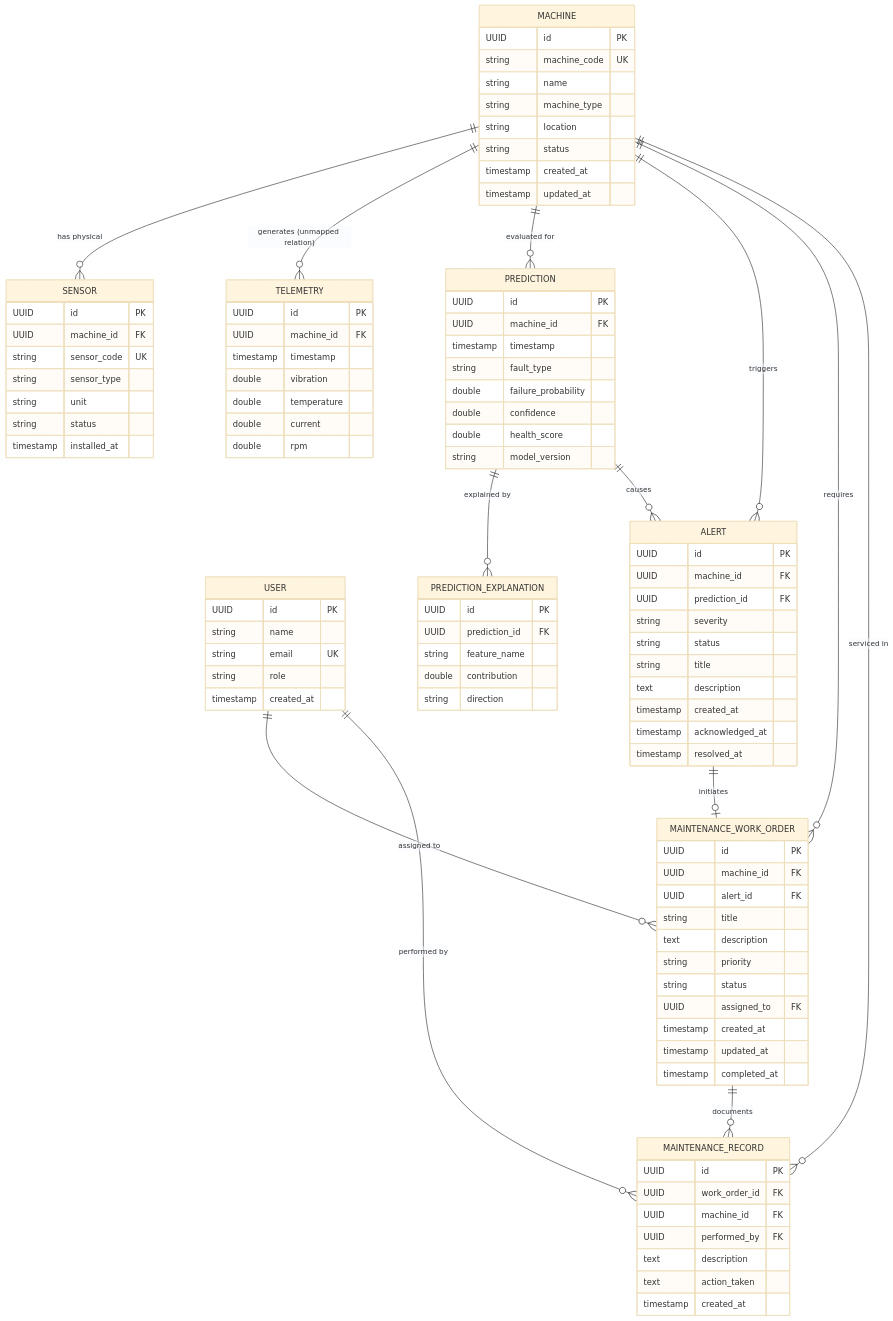
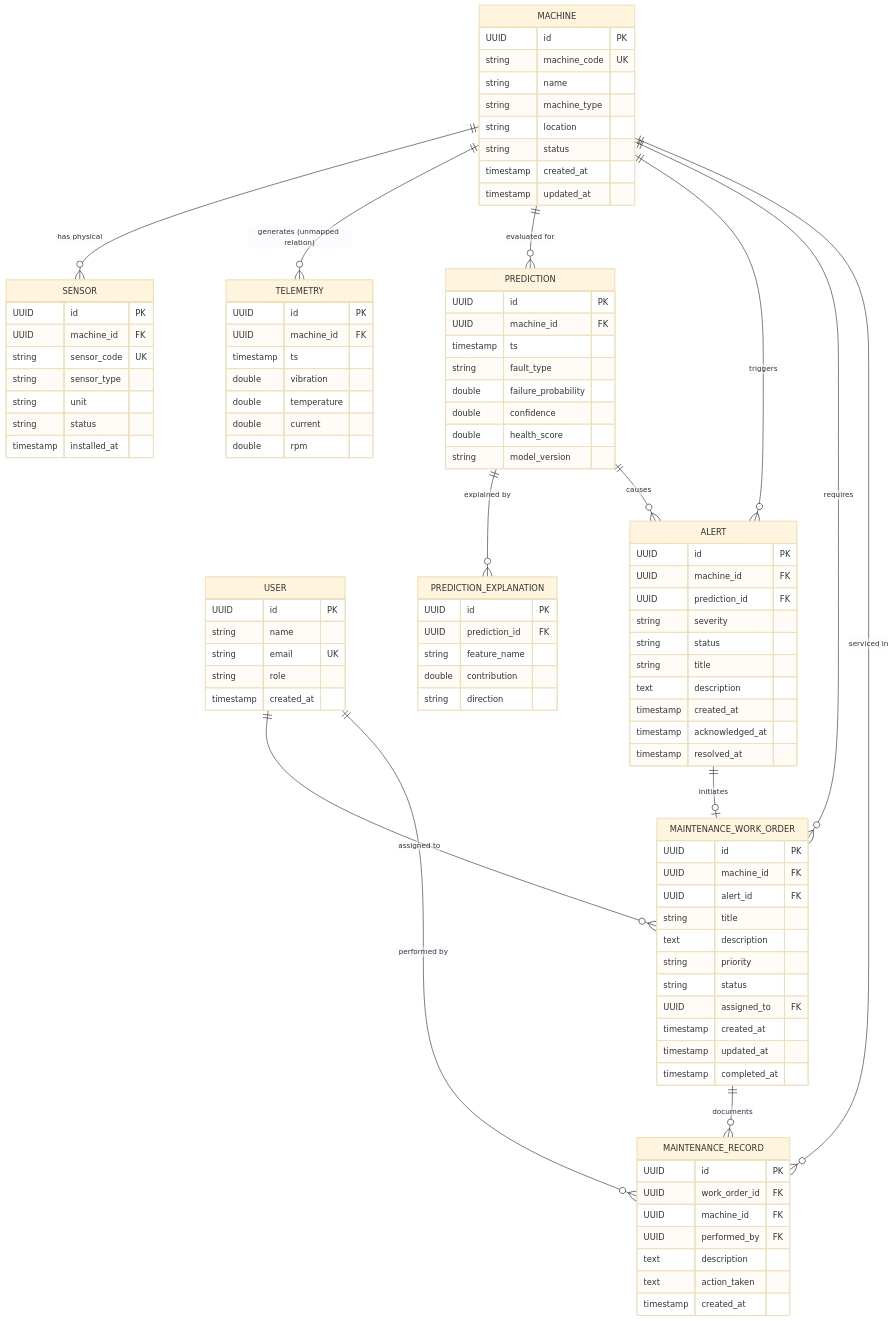
The diagram in docs/architecture.md (nikilm2504/ai-predictive-maintenance), drawn with Mermaid (base theme) before and after one commit. The commit also changed other lines of this file and 5 other files, not shown here.

Commit message:
feat: add database schema and machine sensor APIs

```diff
--- a/docs/architecture.md
+++ b/docs/architecture.md
@@ -175,7 +175,7 @@
     TELEMETRY {
         UUID id PK
         UUID machine_id FK
-        timestamp timestamp
+        timestamp ts
         double vibration
         double temperature
         double current
@@ -185,7 +185,7 @@
     PREDICTION {
         UUID id PK
         UUID machine_id FK
-        timestamp timestamp
+        timestamp ts
         string fault_type
         double failure_probability
         double confidence
```
